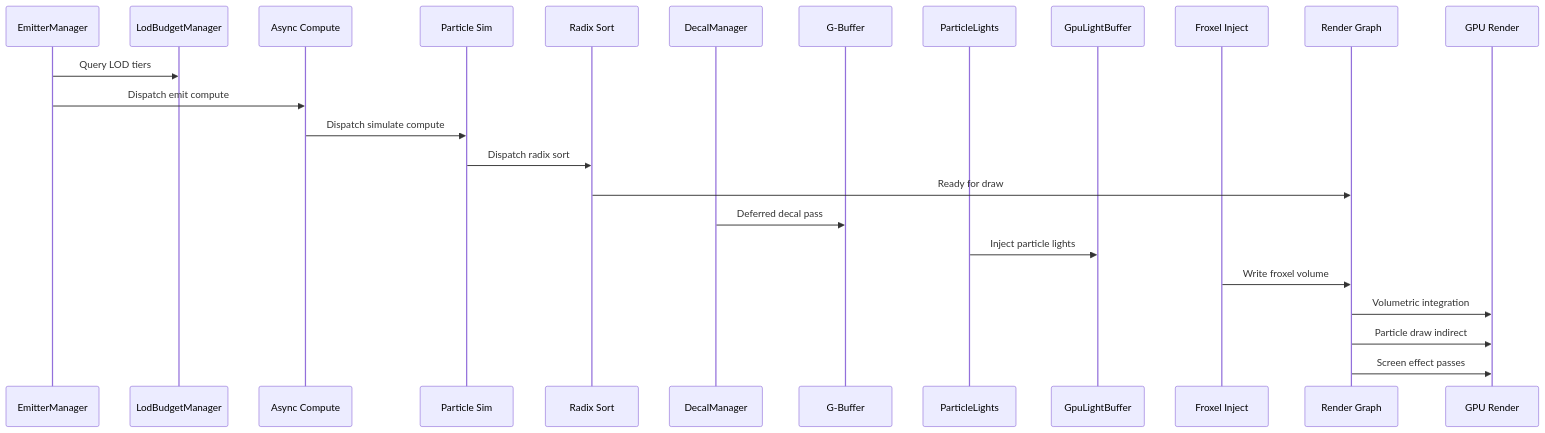
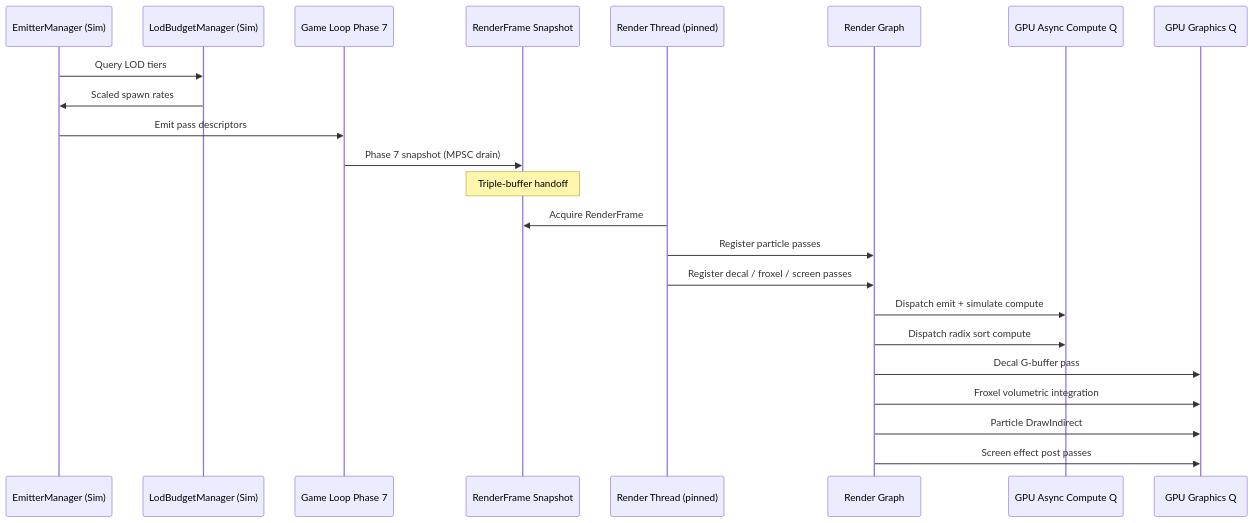
The third of 3 diagrams in docs/design/integration/rendering-vfx.md (harmonius-dev/harmonius), drawn with Mermaid before and after one commit. The commit also changed other lines of this file and 109 other files, not shown here.

````diff
--- a/docs/design/integration/rendering-vfx.md
+++ b/docs/design/integration/rendering-vfx.md
@@ -77,27 +362,26 @@
 ```mermaid
 sequenceDiagram
-    participant EM as EmitterManager
-    participant LOD as LodBudgetManager
-    participant AC as Async Compute
-    participant SIM as Particle Sim
-    participant SORT as Radix Sort
-    participant DM as DecalManager
-    participant GB as G-Buffer
-    participant PL as ParticleLights
-    participant LB as GpuLightBuffer
-    participant FX as Froxel Inject
+    participant EM as EmitterManager (Sim)
+    participant LOD as LodBudgetManager (Sim)
+    participant GLP as Game Loop Phase 7
+    participant RF as RenderFrame Snapshot
+    participant RT as Render Thread (pinned)
     participant RG as Render Graph
-    participant GPU as GPU Render
+    participant ACQ as GPU Async Compute Q
+    participant GFX as GPU Graphics Q
 
     EM->>LOD: Query LOD tiers
-    EM->>AC: Dispatch emit compute
-    AC->>SIM: Dispatch simulate compute
-    SIM->>SORT: Dispatch radix sort
-    SORT->>RG: Ready for draw
-    DM->>GB: Deferred decal pass
-    PL->>LB: Inject particle lights
-    FX->>RG: Write froxel volume
-    RG->>GPU: Volumetric integration
-    RG->>GPU: Particle draw indirect
-    RG->>GPU: Screen effect passes
+    LOD->>EM: Scaled spawn rates
+    EM->>GLP: Emit pass descriptors
+    GLP->>RF: Phase 7 snapshot (MPSC drain)
+    Note over RF: Triple-buffer handoff
+    RT->>RF: Acquire RenderFrame
+    RT->>RG: Register particle passes
+    RT->>RG: Register decal / froxel / screen passes
+    RG->>ACQ: Dispatch emit + simulate compute
+    RG->>ACQ: Dispatch radix sort compute
+    RG->>GFX: Decal G-buffer pass
+    RG->>GFX: Froxel volumetric integration
+    RG->>GFX: Particle DrawIndirect
+    RG->>GFX: Screen effect post passes
 ```
````
